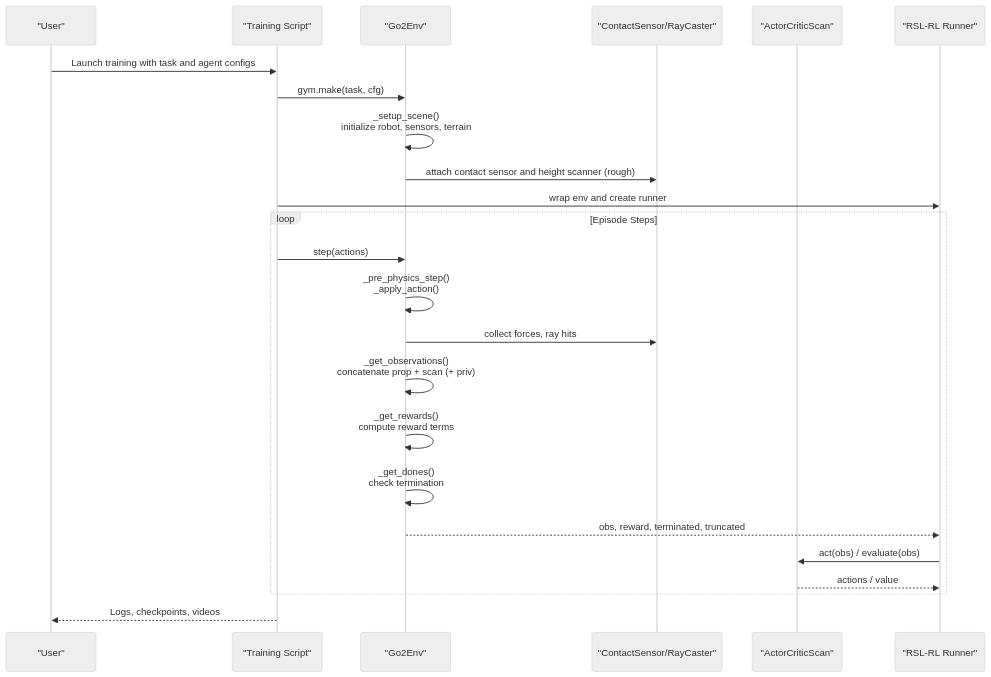
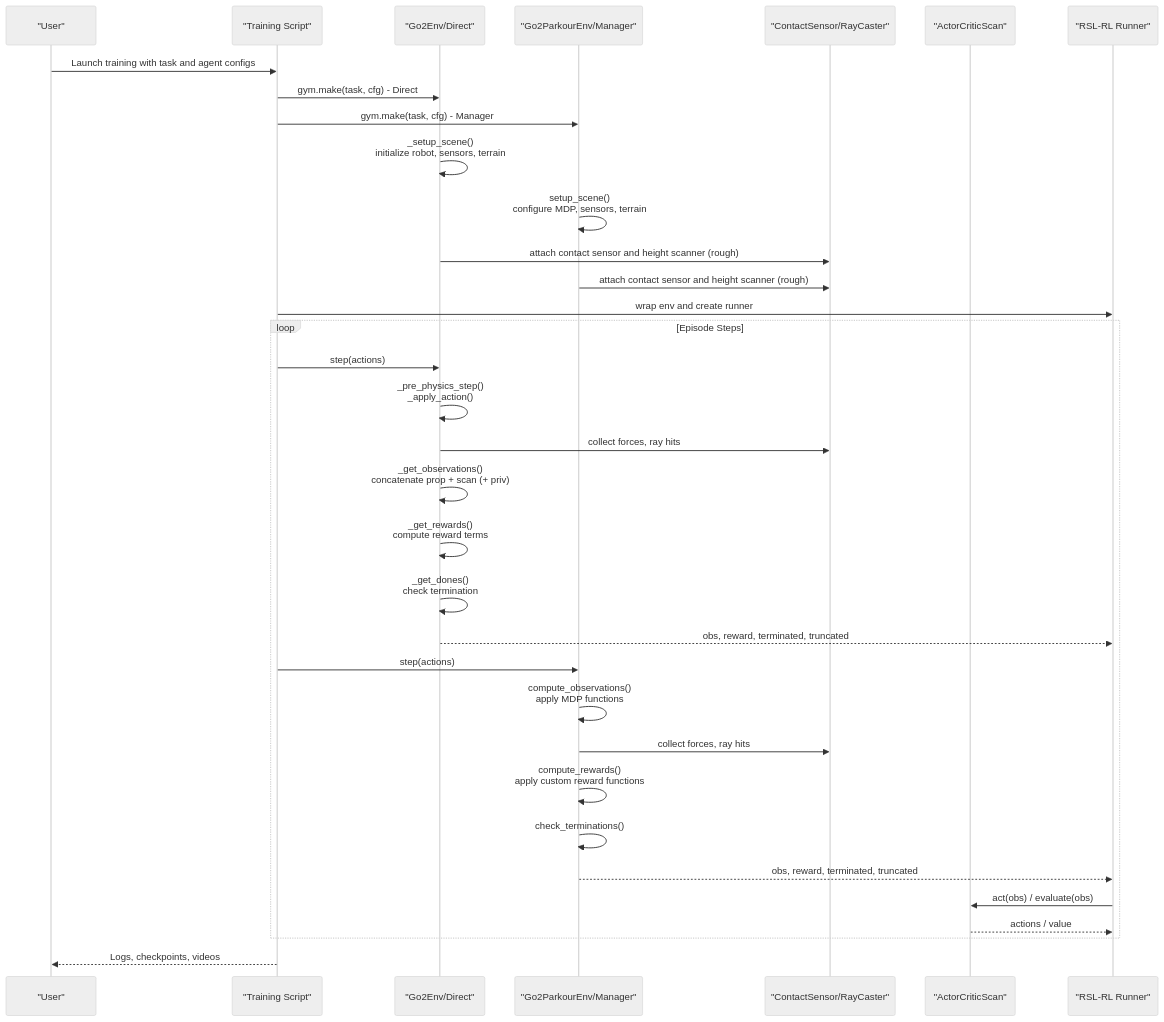
One commit to jayjayhust/extreme-quadruped-parkour changed the second of 9 diagrams in .qoder/repowiki/en/content/Go2 Environment System/Go2 Environment System.md. Above: the diagram before and after it, drawn with Mermaid (neutral theme). The commit also changed other lines of this file and 444 other files, not shown here.

Commit message:
enable raycaster sensor and contact sensor debug visualizer

````diff
--- a/.qoder/repowiki/en/content/Go2 Environment System/Go2 Environment System.md
+++ b/.qoder/repowiki/en/content/Go2 Environment System/Go2 Environment System.md
@@ -111,26 +164,36 @@
 ```mermaid
 sequenceDiagram
 participant User as "User"
 participant Train as "Training Script"
-participant Env as "Go2Env"
+participant DirectEnv as "Go2Env/Direct"
+participant ManagerEnv as "Go2ParkourEnv/Manager"
 participant Sensor as "ContactSensor/RayCaster"
 participant Policy as "ActorCriticScan"
 participant Runner as "RSL-RL Runner"
 User->>Train : Launch training with task and agent configs
-Train->>Env : gym.make(task, cfg)
-Env->>Env : _setup_scene()<br/>initialize robot, sensors, terrain
-Env->>Sensor : attach contact sensor and height scanner (rough)
+Train->>DirectEnv : gym.make(task, cfg) - Direct
+Train->>ManagerEnv : gym.make(task, cfg) - Manager
+DirectEnv->>DirectEnv : _setup_scene()<br/>initialize robot, sensors, terrain
+ManagerEnv->>ManagerEnv : setup_scene()<br/>configure MDP, sensors, terrain
+DirectEnv->>Sensor : attach contact sensor and height scanner (rough)
+ManagerEnv->>Sensor : attach contact sensor and height scanner (rough)
 Train->>Runner : wrap env and create runner
 loop Episode Steps
-Train->>Env : step(actions)
-Env->>Env : _pre_physics_step()<br/>_apply_action()
-Env->>Sensor : collect forces, ray hits
-Env->>Env : _get_observations()<br/>concatenate prop + scan (+ priv)
-Env->>Env : _get_rewards()<br/>compute reward terms
-Env->>Env : _get_dones()<br/>check termination
-Env-->>Runner : obs, reward, terminated, truncated
+Train->>DirectEnv : step(actions)
+DirectEnv->>DirectEnv : _pre_physics_step()<br/>_apply_action()
+DirectEnv->>Sensor : collect forces, ray hits
+DirectEnv->>DirectEnv : _get_observations()<br/>concatenate prop + scan (+ priv)
+DirectEnv->>DirectEnv : _get_rewards()<br/>compute reward terms
+DirectEnv->>DirectEnv : _get_dones()<br/>check termination
+DirectEnv-->>Runner : obs, reward, terminated, truncated
+Train->>ManagerEnv : step(actions)
+ManagerEnv->>ManagerEnv : compute_observations()<br/>apply MDP functions
+ManagerEnv->>Sensor : collect forces, ray hits
+ManagerEnv->>ManagerEnv : compute_rewards()<br/>apply custom reward functions
+ManagerEnv->>ManagerEnv : check_terminations()
+ManagerEnv-->>Runner : obs, reward, terminated, truncated
 Runner->>Policy : act(obs) / evaluate(obs)
 Policy-->>Runner : actions / value
 end
 Train-->>User : Logs, checkpoints, videos
 ```
````
